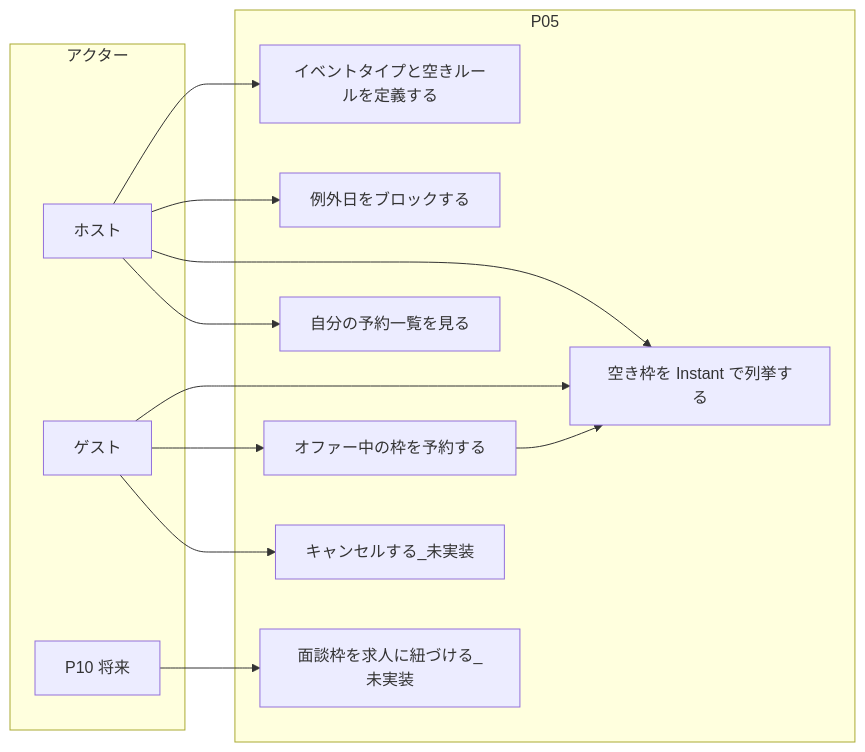
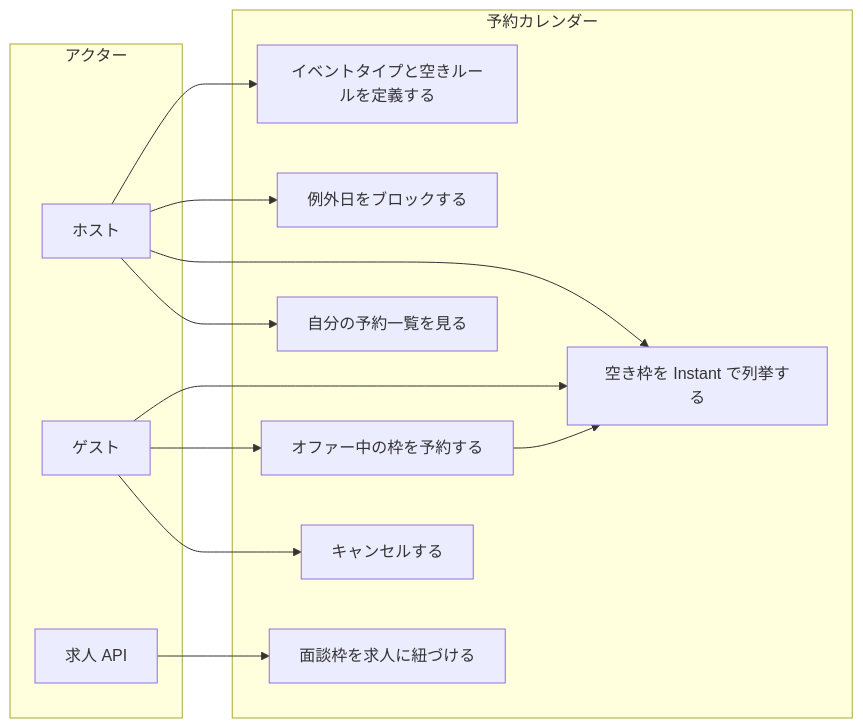
One commit to maeplego/portfolio-plan changed the first of 7 diagrams in portfolio-plan/calendar/docs/06-diagrams.md. Above: the diagram before and after it, drawn with Mermaid. The commit also changed other lines of this file and 111 other files, not shown here.

````diff
--- a/portfolio-plan/calendar/docs/06-diagrams.md
+++ b/portfolio-plan/calendar/docs/06-diagrams.md
@@ -15,28 +14,28 @@
 ```mermaid
 flowchart LR
   subgraph actors [アクター]
     Host[ホスト]
     Guest[ゲスト]
-    P10[P10 将来]
+    Talent[求人 API]
   end
 
-  subgraph uc [P05]
+  subgraph uc [予約カレンダー]
     UC1[イベントタイプと空きルールを定義する]
     UC2[例外日をブロックする]
     UC3[空き枠を Instant で列挙する]
     UC4[オファー中の枠を予約する]
     UC5[自分の予約一覧を見る]
-    UC6[キャンセルする_未実装]
-    UC7[面談枠を求人に紐づける_未実装]
+    UC6[キャンセルする]
+    UC7[面談枠を求人に紐づける]
   end
 
   Host --> UC1
   Host --> UC2
   Host --> UC3
   Host --> UC5
   Guest --> UC3
   Guest --> UC4
   Guest --> UC6
-  P10 --> UC7
+  Talent --> UC7
   UC4 --> UC3
 ```
````
